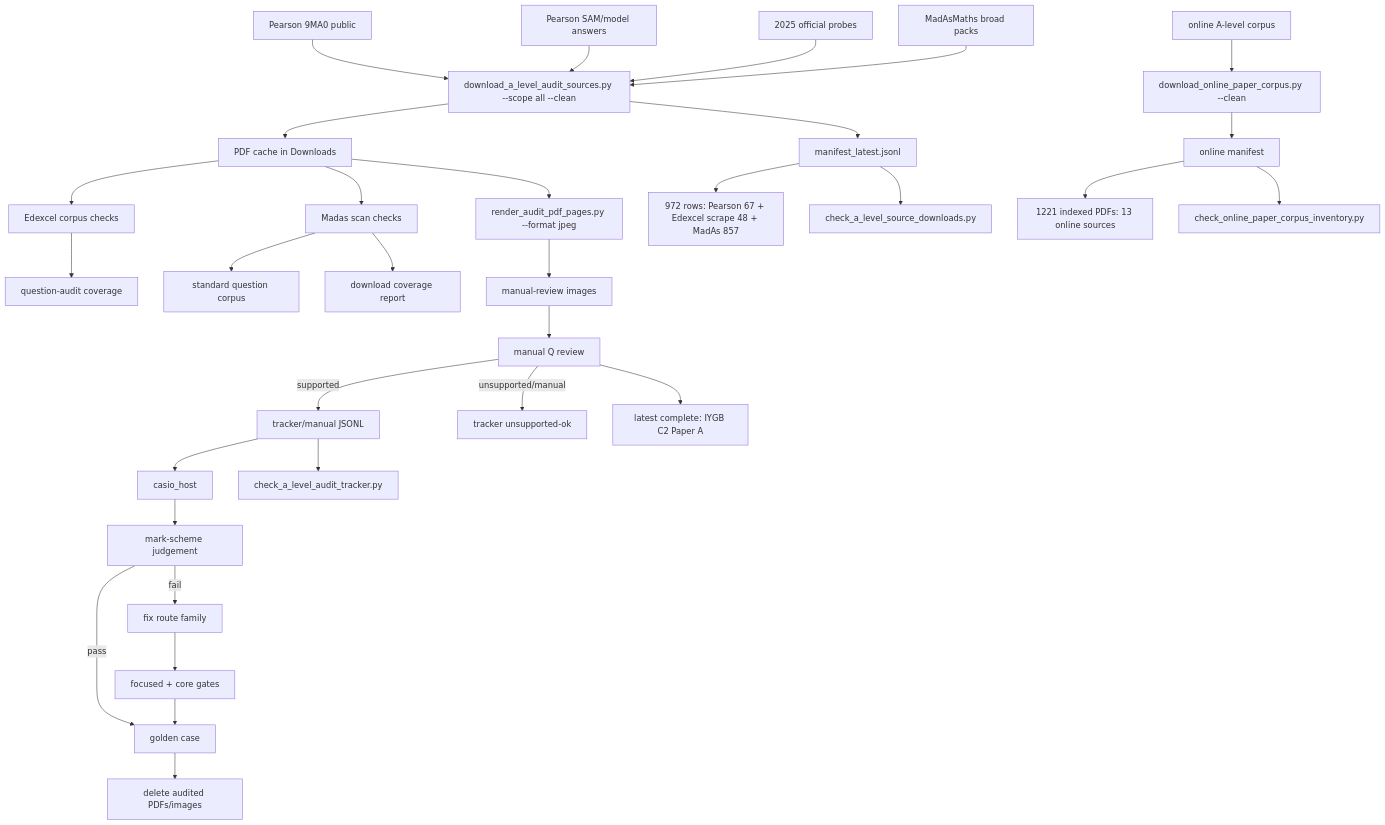
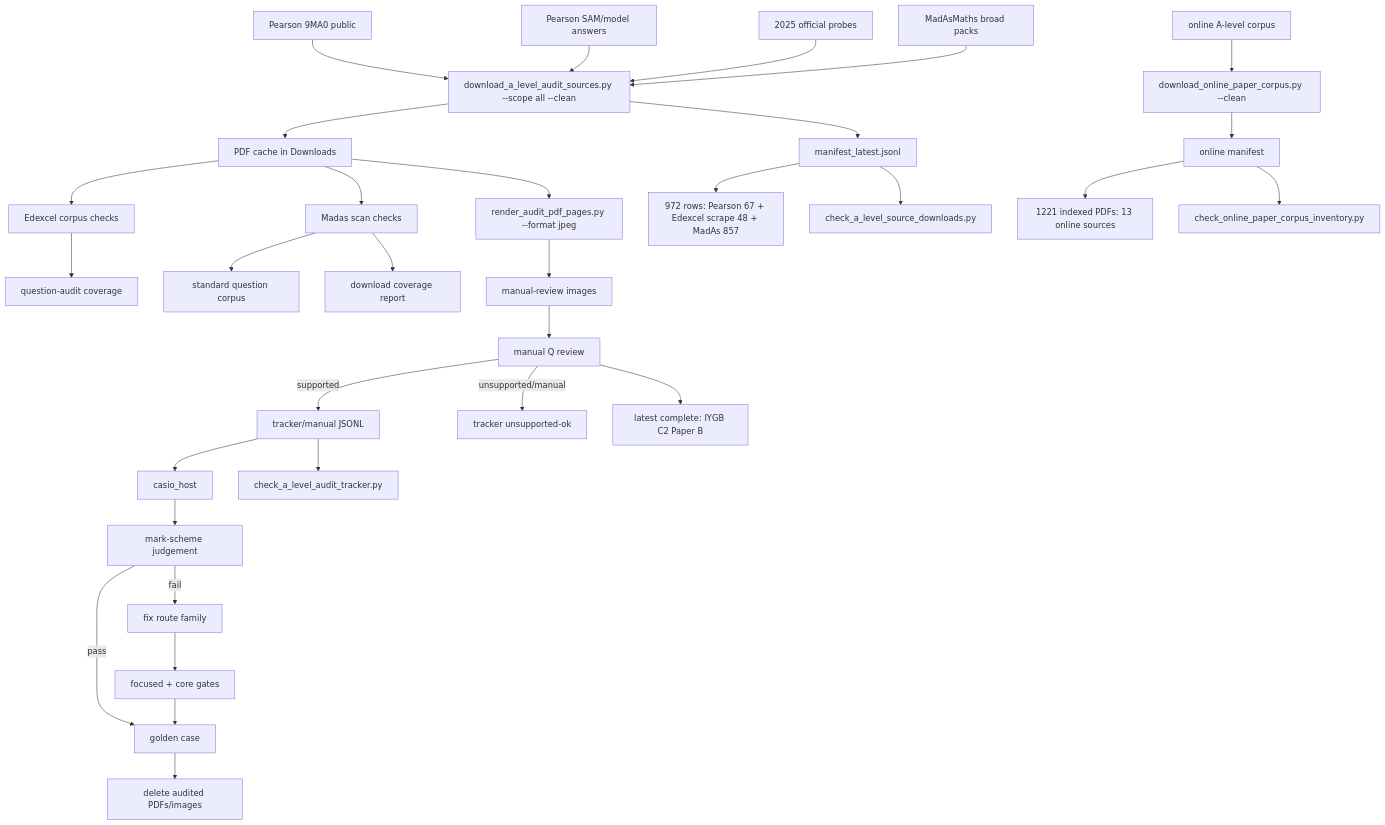
The diagram in c++/tools/golden/a_level_audit_graph.md (james8464/notes-addin-casio-fx-cg50), drawn with Mermaid before and after one commit. The commit also changed other lines of this file and 2 other files, not shown here.

Commit message:
Audit IYGB C2 Paper B

````diff
--- a/c++/tools/golden/a_level_audit_graph.md
+++ b/c++/tools/golden/a_level_audit_graph.md
@@ -3,34 +3,34 @@
 ```mermaid
 graph TD
   E1["Pearson 9MA0 public"] --> D["download_a_level_audit_sources.py --scope all --clean"]
   E2["Pearson SAM/model answers"] --> D
   E3["2025 official probes"] --> D
   M1["MadAsMaths broad packs"] --> D
   O1["online A-level corpus"] --> OD["download_online_paper_corpus.py --clean"]
   D --> P["PDF cache in Downloads"]
   D --> X["manifest_latest.jsonl"]
   OD --> OX["online manifest"]
   X --> XC["972 rows: Pearson 67 + Edexcel scrape 48 + MadAs 857"]
   OX --> OC["1221 indexed PDFs: 13 online sources"]
   X --> V["check_a_level_source_downloads.py"]
   OX --> OV["check_online_paper_corpus_inventory.py"]
   P --> E["Edexcel corpus checks"]
   E --> EQ["question-audit coverage"]
   P --> S["Madas scan checks"]
   S --> M["standard question corpus"]
   S --> MC["download coverage report"]
   P --> R["render_audit_pdf_pages.py --format jpeg"]
   R --> I["manual-review images"]
   I --> Q["manual Q review"]
   Q -->|supported| J["tracker/manual JSONL"]
   Q -->|unsupported/manual| U["tracker unsupported-ok"]
   J --> H["casio_host"]
   J --> K["check_a_level_audit_tracker.py"]
   H --> C["mark-scheme judgement"]
   C -->|pass| G["golden case"]
   C -->|fail| F["fix route family"]
   F --> T["focused + core gates"]
   T --> G
   G --> Z["delete audited PDFs/images"]
-  Q --> Qt["latest complete: IYGB C2 Paper A"]
+  Q --> Qt["latest complete: IYGB C2 Paper B"]
 ```
````
